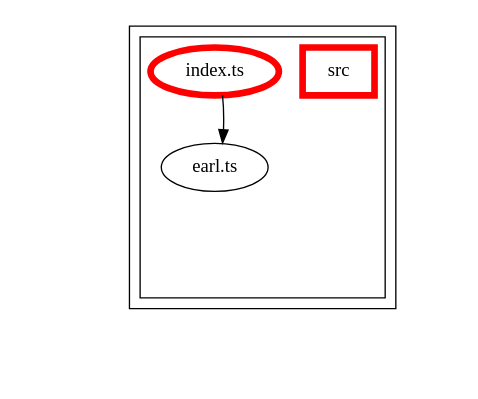
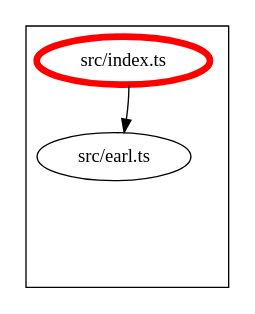
Before and after one commit to Siteimprove/alfa-integrations: the diagram in packages/alfa-formatter-earl/docs/dependency-graph.dot, drawn with Graphviz. The commit also changed 88 other files, not shown here.

```diff
--- a/packages/alfa-formatter-earl/docs/dependency-graph.dot
+++ b/packages/alfa-formatter-earl/docs/dependency-graph.dot
@@ -1,65 +1,32 @@
-digraph "dependency-graph-[object Object]" {
+digraph "dependency-graph-@siteimprove/alfa-formatter-earl" {
   compound = true;
-  "dependency-graph-[object Object]" [
-    style = "invis";
-  ];
   "src/earl.ts";
   subgraph "cluster_src" {
     color = "#000000";
     label = "";
-    "name_src" [
-      penwidth = 5;
-      shape = "rectangle";
-      color = "#ff0000";
-      label = "src";
+    "src/earl.ts" [
+      label = "src/earl.ts";
     ];
     "exit_src" [
       style = "invis";
     ];
-    subgraph "cluster_src" {
-      color = "#000000";
-      label = "";
-      "name_src" [
-        penwidth = 5;
-        shape = "rectangle";
-        color = "#ff0000";
-        label = "src";
-      ];
-      "exit_src" [
-        style = "invis";
-      ];
-      "src/earl.ts" [
-        label = "earl.ts";
-      ];
-      "src/index.ts" [
-        label = "index.ts";
-        color = "#ff0000";
-        penwidth = 5;
-      ];
-      "src/earl.ts" -> "exit_src" [
-        style = "invis";
-      ];
-      "src/index.ts" -> "exit_src" [
-        style = "invis";
-      ];
-    }
-    "exit_src" -> "exit_src" [
+    "src/index.ts" [
+      label = "src/index.ts";
+      color = "#ff0000";
+      penwidth = 5;
+    ];
+    "src/earl.ts" -> "exit_src" [
       style = "invis";
     ];
-    "exit_src" -> "exit_src" [
+    "src/index.ts" -> "exit_src" [
       style = "invis";
     ];
   }
-  "exit_src" -> "dependency-graph-[object Object]" [
-    style = "invis";
-  ];
   "src/index.ts" -> "src/earl.ts" [
     style = "invis";
   ];
   "src/index.ts" -> "src/earl.ts" [
     style = "solid";
-    ltail = "cluster_src/index.ts";
-    lhead = "cluster_src/earl.ts";
     color = "black";
   ];
 }
```
